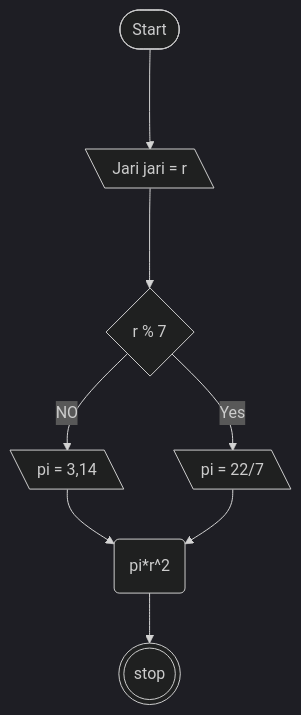
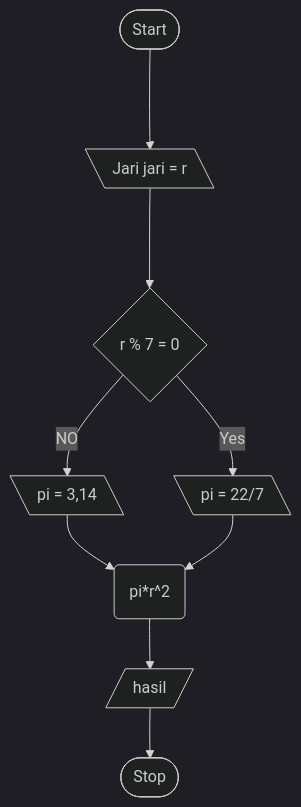
Before and after one commit to ariekas/koda-b4-algoritma: the first of 2 diagrams in MiniTask5.md, drawn with Mermaid (dark theme). The commit also changed other lines of this file, not shown here.

````diff
--- a/MiniTask5.md
+++ b/MiniTask5.md
@@ -3,18 +3,20 @@
 ```mermaid
 flowchart TD
 Start([Start])
 Input[\Jari jari = r\]
-Decision{r % 7}
+Decision{r % 7 = 0}
 R1[\pi = 3,14\]
 R2[\pi = 22/7\]
 Perhitungan(pi*r^2)
+hasil[/hasil/]
+
 Stop([Stop])
 
 Start ---> Input
-Input ---> Decision 
+Input ---> Decision
 Decision -- NO --> R1
 Decision -- Yes --> R2
 R1 & R2 --> Perhitungan
-Perhitungan --> Stop
-Stop(((stop)))
+Perhitungan --> hasil
+hasil --> Stop
 ```
````
